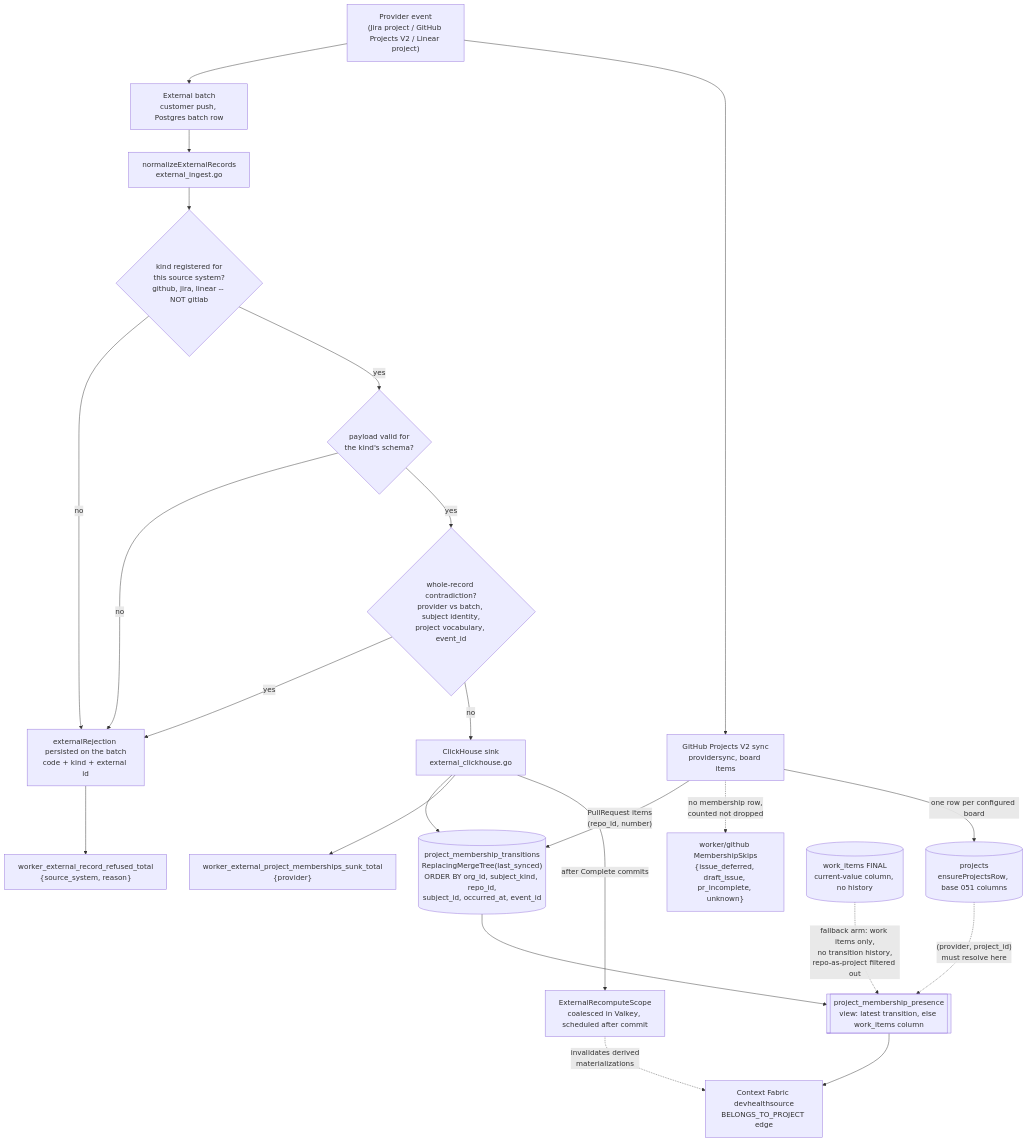
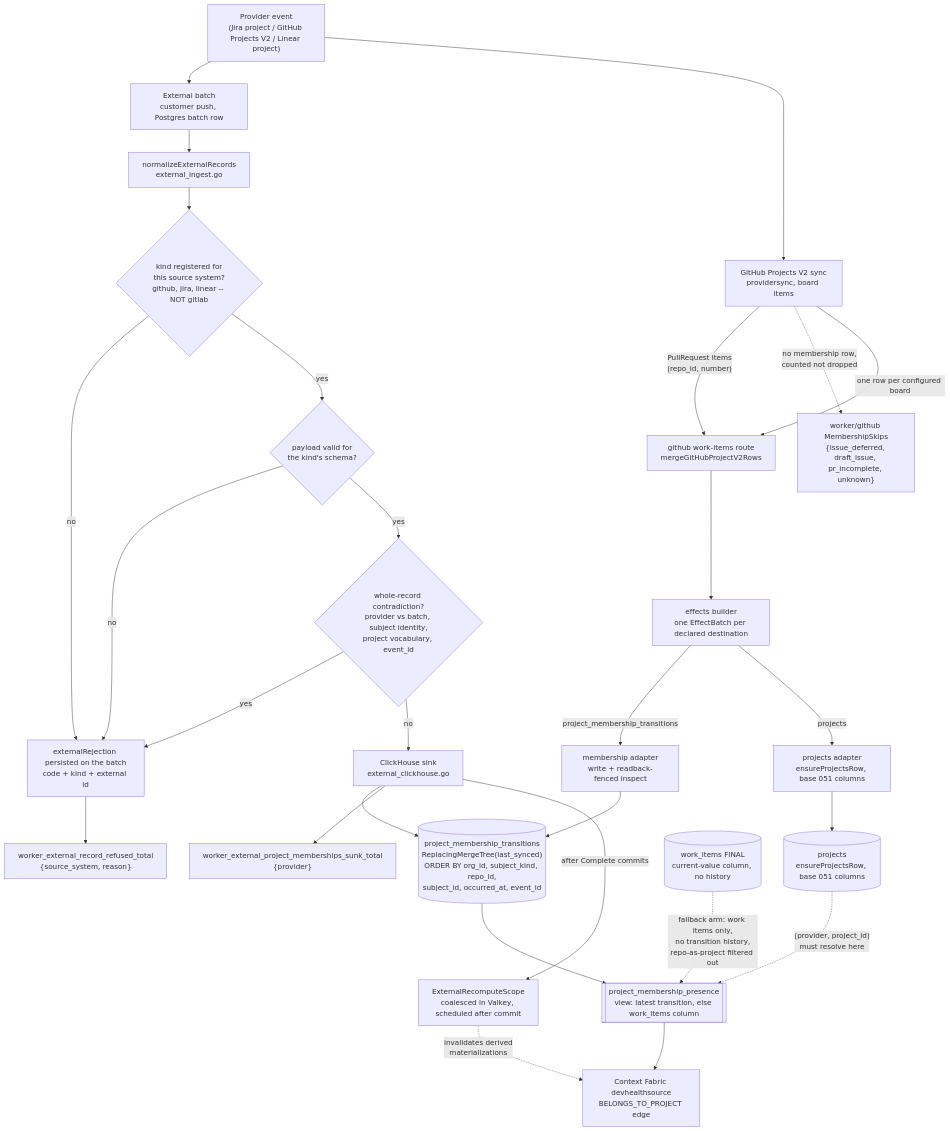
The first of 2 diagrams in docs/contribute/architecture/data-and-storage.md (full-chaos/dev-health-ops), drawn with Mermaid before and after one commit. The commit also changed other lines of this file and 25 other files, not shown here.

````diff
--- a/docs/contribute/architecture/data-and-storage.md
+++ b/docs/contribute/architecture/data-and-storage.md
@@ -102,43 +102,52 @@
 ```mermaid
 flowchart TD
     P["Provider event<br/>(Jira project / GitHub Projects V2 / Linear project)"]
     G["GitHub Projects V2 sync<br/>providersync, board items"]
+    RE["github work-items route<br/>mergeGitHubProjectV2Rows"]
+    EB["effects builder<br/>one EffectBatch per declared destination"]
+    AD["membership adapter<br/>write + readback-fenced inspect"]
+    AC["projects adapter<br/>ensureProjectsRow, base 051 columns"]
     GS["worker/github MembershipSkips<br/>{issue_deferred, draft_issue, pr_incomplete, unknown}"]
     PJ[("projects<br/>ensureProjectsRow, base 051 columns")]
     B["External batch<br/>customer push, Postgres batch row"]
     N["normalizeExternalRecords<br/>external_ingest.go"]
     K{"kind registered for<br/>this source system?<br/>github, jira, linear -- NOT gitlab"}
     V{"payload valid for<br/>the kind's schema?"}
     C{"whole-record contradiction?<br/>provider vs batch, subject identity,<br/>project vocabulary, event_id"}
     R["externalRejection persisted on the batch<br/>code + kind + external id"]
     M["worker_external_record_refused_total<br/>{source_system, reason}"]
     S["ClickHouse sink<br/>external_clickhouse.go"]
     T[("project_membership_transitions<br/>ReplacingMergeTree(last_synced)<br/>ORDER BY org_id, subject_kind, repo_id,<br/>subject_id, occurred_at, event_id")]
     MS["worker_external_project_memberships_sunk_total<br/>{provider}"]
     PR[["project_membership_presence<br/>view: latest transition, else work_items column"]]
     W[("work_items FINAL<br/>current-value column, no history")]
     CF["Context Fabric devhealthsource<br/>BELONGS_TO_PROJECT edge"]
     RC["ExternalRecomputeScope<br/>coalesced in Valkey, scheduled after commit"]
 
     P --> B --> N
     P --> G
-    G -- "PullRequest items<br/>(repo_id, number)" --> T
+    G -- "PullRequest items<br/>(repo_id, number)" --> RE
     G -. "no membership row,<br/>counted not dropped" .-> GS
-    G -- "one row per configured board" --> PJ
+    G -- "one row per configured board" --> RE
+    RE --> EB
+    EB -- "project_membership_transitions" --> AD
+    EB -- "projects" --> AC
+    AD --> T
+    AC --> PJ
     N --> K
     K -- "no" --> R
     K -- "yes" --> V
     V -- "no" --> R
     V -- "yes" --> C
     C -- "yes" --> R
     C -- "no" --> S
     R --> M
     S --> T
     S --> MS
     T --> PR
     W -. "fallback arm: work items only,<br/>no transition history,<br/>repo-as-project filtered out" .-> PR
     PJ -. "(provider, project_id)<br/>must resolve here" .-> PR
     PR --> CF
     S -- "after Complete commits" --> RC
     RC -. "invalidates derived<br/>materializations" .-> CF
 ```
````
